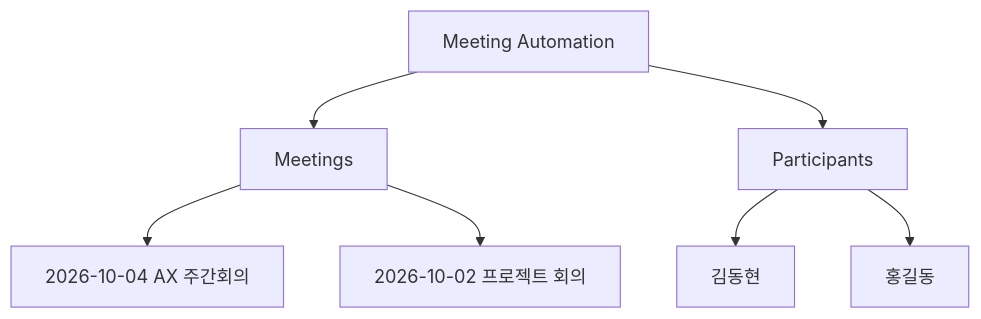
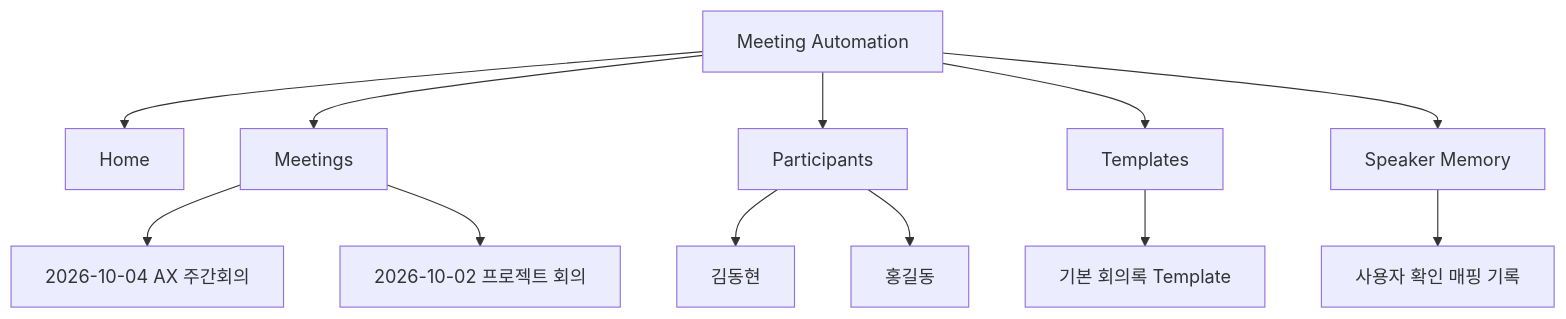
The seventh of 7 diagrams in docs/product/PRD.md (donghyunlee-dev/meeting-automation), drawn with Mermaid before and after one commit. The commit also changed other lines of this file and 11 other files, not shown here.

````diff
--- a/docs/product/PRD.md
+++ b/docs/product/PRD.md
@@ -643,10 +648,15 @@
 ``` mermaid
 flowchart TD
     ROOT[Meeting Automation]
+    ROOT --> H[Home]
     ROOT --> M[Meetings]
     ROOT --> P[Participants]
+    ROOT --> T[Templates]
+    ROOT --> SM[Speaker Memory]
     M --> M1[2026-10-04 AX 주간회의]
     M --> M2[2026-10-02 프로젝트 회의]
     P --> P1[김동현]
     P --> P2[홍길동]
+    T --> DT[기본 회의록 Template]
+    SM --> S1[사용자 확인 매핑 기록]
 ```
````
